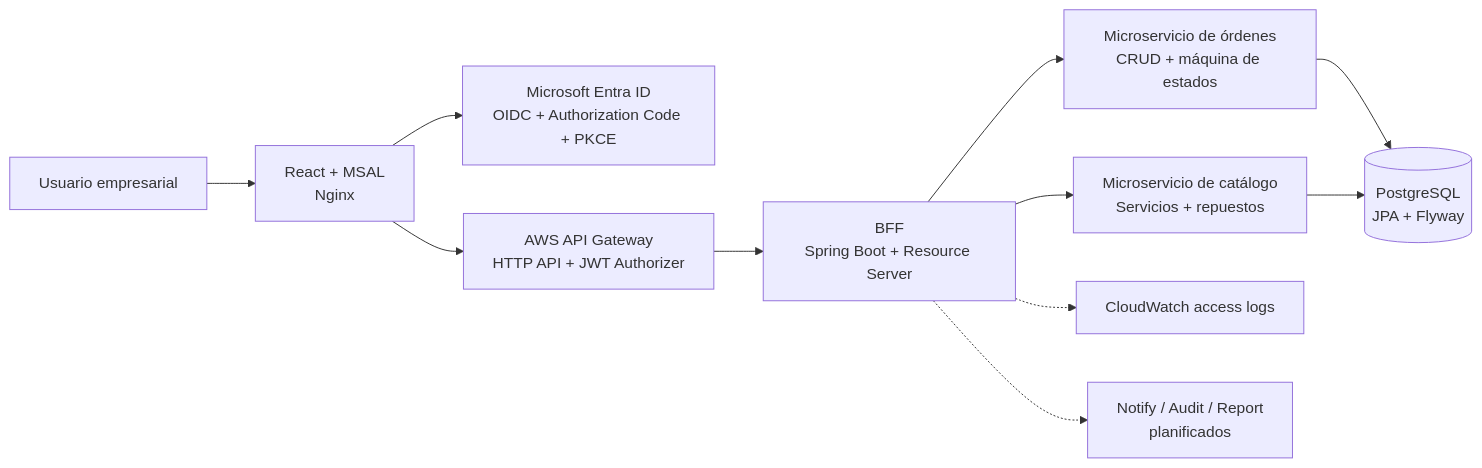
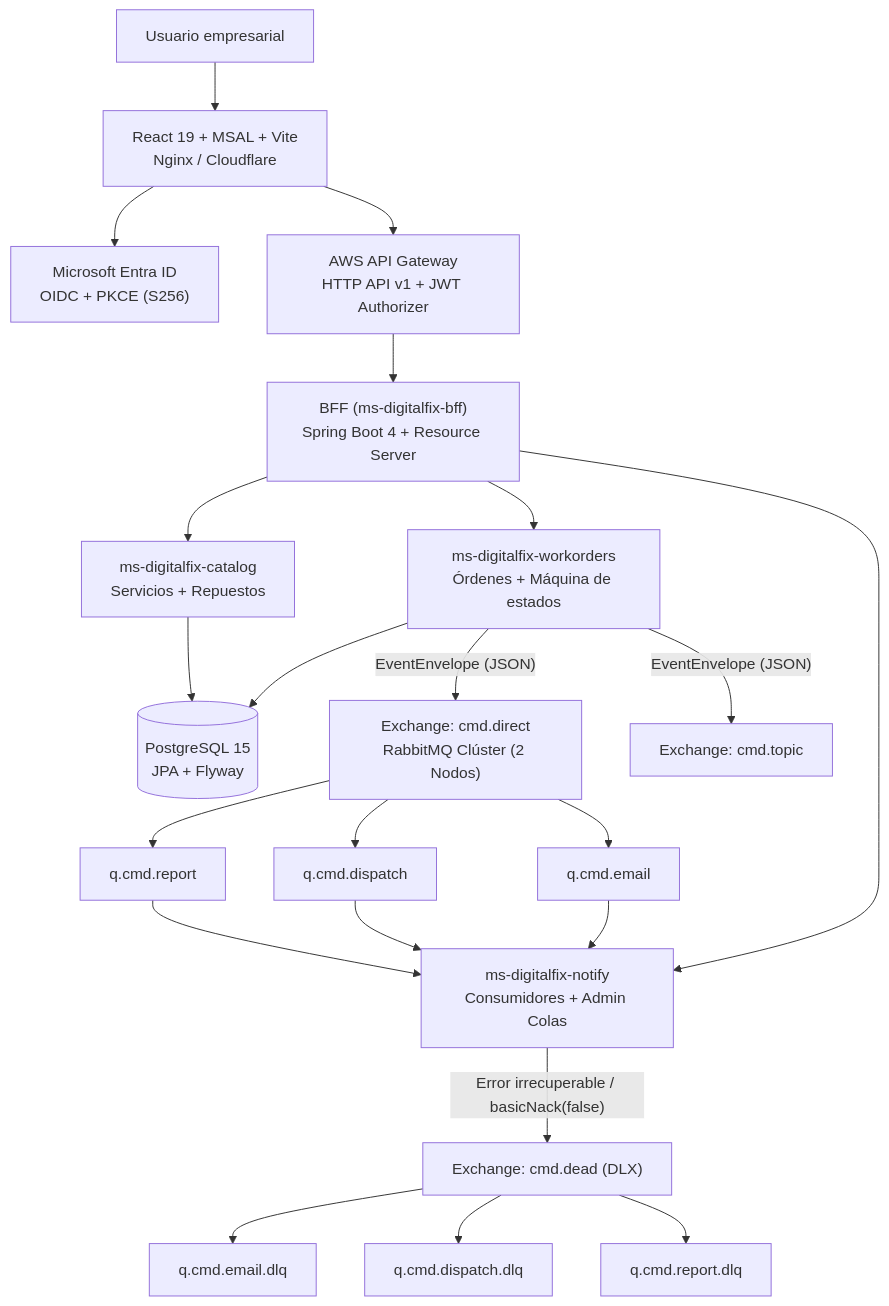
The diagram in README.md (DamagedGhost/DigitalFix), drawn with Mermaid before and after one commit. The commit also changed other lines of this file and 10 other files, not shown here.

First line of the commit message:
feat(messaging): integracion completa de RabbitMQ clúster, manejo DLQ y feed de eventos

````diff
--- a/README.md
+++ b/README.md
@@ -11,13 +13,30 @@
 ```mermaid
-flowchart LR
-    U[Usuario empresarial] --> FE[React + MSAL<br/>Nginx]
-    FE --> ID[Microsoft Entra ID<br/>OIDC + Authorization Code + PKCE]
-    FE --> APIGW[AWS API Gateway<br/>HTTP API + JWT Authorizer]
-    APIGW --> BFF[BFF<br/>Spring Boot + Resource Server]
-    BFF --> WO[Microservicio de órdenes<br/>CRUD + máquina de estados]
-    BFF --> CAT[Microservicio de catálogo<br/>Servicios + repuestos]
-    WO --> DB[(PostgreSQL<br/>JPA + Flyway)]
+flowchart TD
+    U["Usuario empresarial"] --> FE["React 19 + MSAL + Vite<br/>Nginx / Cloudflare"]
+    FE --> ID["Microsoft Entra ID<br/>OIDC + PKCE (S256)"]
+    FE --> APIGW["AWS API Gateway<br/>HTTP API v1 + JWT Authorizer"]
+    APIGW --> BFF["BFF (ms-digitalfix-bff)<br/>Spring Boot 4 + Resource Server"]
+    
+    BFF --> WO["ms-digitalfix-workorders<br/>Órdenes + Máquina de estados"]
+    BFF --> CAT["ms-digitalfix-catalog<br/>Servicios + Repuestos"]
+    BFF --> NOT["ms-digitalfix-notify<br/>Consumidores + Admin Colas"]
+    
+    WO --> DB[("PostgreSQL 15<br/>JPA + Flyway")]
     CAT --> DB
-    BFF -.-> OBS[CloudWatch access logs]
-    BFF -.-> FUT[Notify / Audit / Report<br/>planificados]
+    
+    WO -- "EventEnvelope (JSON)" --> EX_DIR["Exchange: cmd.direct<br/>RabbitMQ Clúster (2 Nodos)"]
+    WO -- "EventEnvelope (JSON)" --> EX_TOP["Exchange: cmd.topic"]
+    
+    EX_DIR --> Q_EMAIL["q.cmd.email"]
+    EX_DIR --> Q_DISP["q.cmd.dispatch"]
+    EX_DIR --> Q_REP["q.cmd.report"]
+    
+    Q_EMAIL --> NOT
+    Q_DISP --> NOT
+    Q_REP --> NOT
+    
+    NOT -- "Error irrecuperable / basicNack(false)" --> EX_DEAD["Exchange: cmd.dead (DLX)"]
+    EX_DEAD --> DLQ_EMAIL["q.cmd.email.dlq"]
+    EX_DEAD --> DLQ_DISP["q.cmd.dispatch.dlq"]
+    EX_DEAD --> DLQ_REP["q.cmd.report.dlq"]
 ```
````
